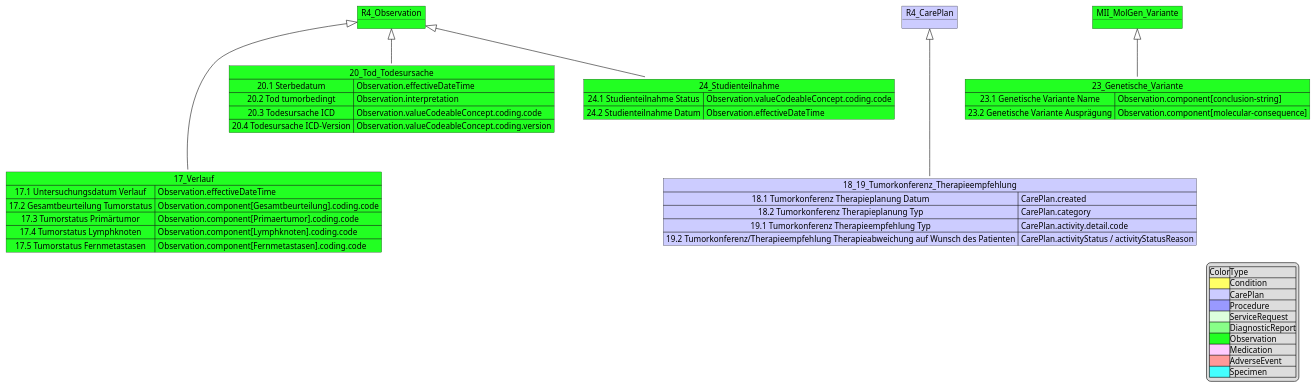
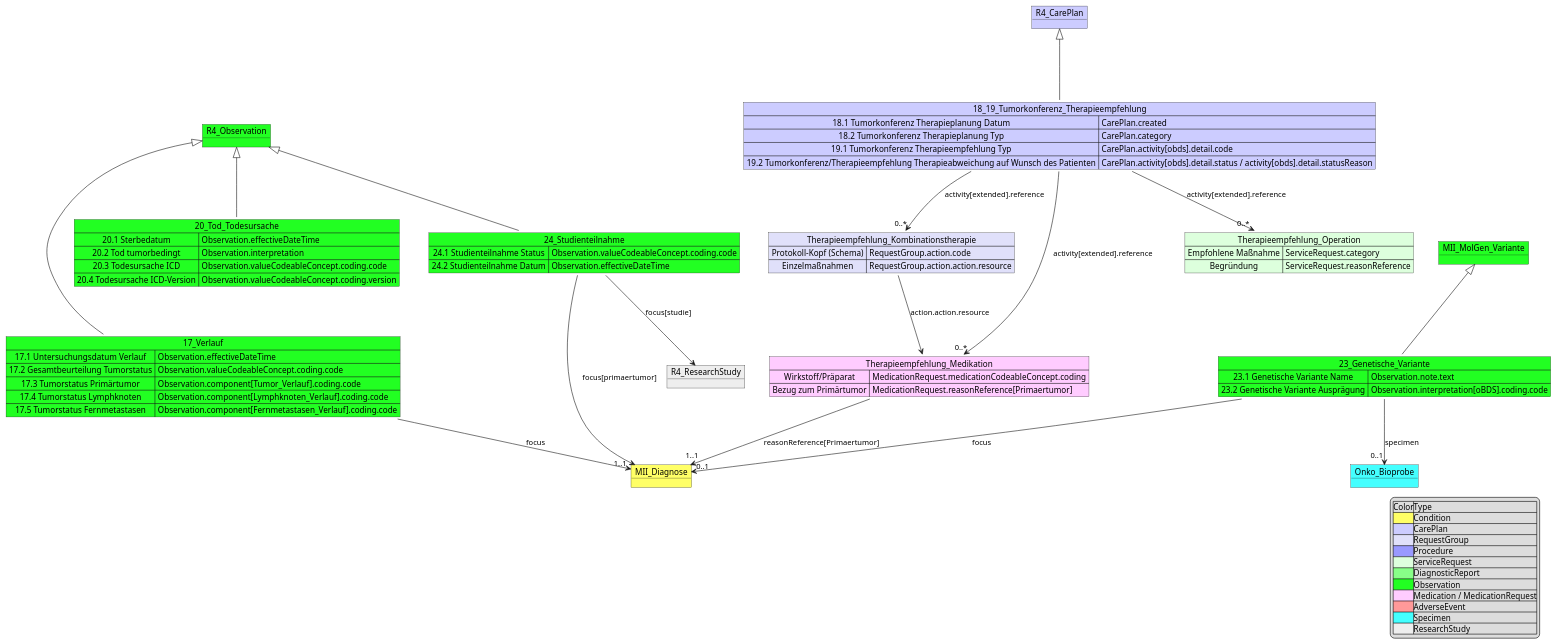
Before and after one commit to medizininformatik-initiative/kerndatensatzmodul-onkologie: the diagram in input/images-source/MII_Onko_17-20_24_Others.pu, drawn with PlantUML. The commit also changed 26 other files, not shown here.

```diff
--- a/input/images-source/MII_Onko_17-20_24_Others.pu
+++ b/input/images-source/MII_Onko_17-20_24_Others.pu
@@ -1,59 +1,91 @@
-@startuml MII_Onko_17-20_23_Others
+@startuml MII_Onko_17-20_24_Others
 object R4_Observation #22FF22
+object MII_Diagnose #FFFF66
+
 Map 17_Verlauf #22FF22{
     17.1 Untersuchungsdatum Verlauf => Observation.effectiveDateTime
-    17.2 Gesamtbeurteilung Tumorstatus => Observation.component[Gesamtbeurteilung].coding.code
-    17.3 Tumorstatus Primärtumor => Observation.component[Primaertumor].coding.code
-    17.4 Tumorstatus Lymphknoten => Observation.component[Lymphknoten].coding.code
-    17.5 Tumorstatus Fernmetastasen => Observation.component[Fernmetastasen].coding.code
+    17.2 Gesamtbeurteilung Tumorstatus => Observation.valueCodeableConcept.coding.code
+    17.3 Tumorstatus Primärtumor => Observation.component[Tumor_Verlauf].coding.code
+    17.4 Tumorstatus Lymphknoten => Observation.component[Lymphknoten_Verlauf].coding.code
+    17.5 Tumorstatus Fernmetastasen => Observation.component[Fernmetastasen_Verlauf].coding.code
 
 }
 R4_Observation <|-down-- 17_Verlauf
+17_Verlauf --> "1..1" MII_Diagnose : focus
 
 object R4_CarePlan #CCCCFF
 Map 18_19_Tumorkonferenz_Therapieempfehlung #CCCCFF{
     18.1 Tumorkonferenz Therapieplanung Datum => CarePlan.created
     18.2 Tumorkonferenz Therapieplanung Typ => CarePlan.category
-    19.1 Tumorkonferenz Therapieempfehlung Typ => CarePlan.activity.detail.code
-    19.2 Tumorkonferenz/Therapieempfehlung Therapieabweichung auf Wunsch des Patienten => CarePlan.activityStatus / activityStatusReason
+    19.1 Tumorkonferenz Therapieempfehlung Typ => CarePlan.activity[obds].detail.code
+    19.2 Tumorkonferenz/Therapieempfehlung Therapieabweichung auf Wunsch des Patienten => CarePlan.activity[obds].detail.status / activity[obds].detail.statusReason
 }
 R4_CarePlan <|-down-- 18_19_Tumorkonferenz_Therapieempfehlung
+
+Map Therapieempfehlung_Kombinationstherapie #E0E0FA {
+    Protokoll-Kopf (Schema) => RequestGroup.action.code
+    Einzelmaßnahmen => RequestGroup.action.action.resource
+}
+
+Map Therapieempfehlung_Medikation #FFCCFF {
+    Wirkstoff/Präparat => MedicationRequest.medicationCodeableConcept.coding
+    Bezug zum Primärtumor => MedicationRequest.reasonReference[Primaertumor]
+}
+
+Map Therapieempfehlung_Operation #DDFFDD {
+    Empfohlene Maßnahme => ServiceRequest.category
+    Begründung => ServiceRequest.reasonReference
+}
+
+18_19_Tumorkonferenz_Therapieempfehlung --> "0..*" Therapieempfehlung_Kombinationstherapie : activity[extended].reference
+18_19_Tumorkonferenz_Therapieempfehlung --> "0..*" Therapieempfehlung_Medikation : activity[extended].reference
+18_19_Tumorkonferenz_Therapieempfehlung --> "0..*" Therapieempfehlung_Operation : activity[extended].reference
+Therapieempfehlung_Kombinationstherapie --> Therapieempfehlung_Medikation : action.action.resource
+Therapieempfehlung_Medikation --> "1..1" MII_Diagnose : reasonReference[Primaertumor]
 
 Map 20_Tod_Todesursache #22FF22 {
  20.1 Sterbedatum => Observation.effectiveDateTime 
  20.2 Tod tumorbedingt => Observation.interpretation
  20.3 Todesursache ICD  => Observation.valueCodeableConcept.coding.code
  20.4 Todesursache ICD-Version => Observation.valueCodeableConcept.coding.version
  } 
 R4_Observation <|-down- 20_Tod_Todesursache
 
 object MII_MolGen_Variante #22FF22
+object Onko_Bioprobe #44FFFF
 Map 23_Genetische_Variante #22FF22 {
-    23.1 Genetische Variante Name => Observation.component[conclusion-string]
-    23.2 Genetische Variante Ausprägung => Observation.component[molecular-consequence]
+    23.1 Genetische Variante Name => Observation.note.text
+    23.2 Genetische Variante Ausprägung => Observation.interpretation[oBDS].coding.code
 }
 MII_MolGen_Variante <|-down- 23_Genetische_Variante
+23_Genetische_Variante --> "0..1" Onko_Bioprobe : specimen
+23_Genetische_Variante --> "0..1" MII_Diagnose : focus
 
 
+object R4_ResearchStudy #EEEEEE
 Map 24_Studienteilnahme #22FF22 {
     24.1 Studienteilnahme Status => Observation.valueCodeableConcept.coding.code
     24.2 Studienteilnahme Datum => Observation.effectiveDateTime
 }
 R4_Observation <|-down- 24_Studienteilnahme
+24_Studienteilnahme --> MII_Diagnose : focus[primaertumor]
+24_Studienteilnahme --> R4_ResearchStudy : focus[studie]
 
 
 
 legend right 
 |Color|Type|
 |<#FFFF66>|Condition|
 |<#CCCCFF>|CarePlan|
+|<#E0E0FA>|RequestGroup|
 |<#9999FF>|Procedure|
 |<#DDFFDD>|ServiceRequest|
 |<#88FF88>|DiagnosticReport|
 |<#22FF22>|Observation|
-|<#FFCCFF>|Medication|
+|<#FFCCFF>|Medication / MedicationRequest|
 |<#FF9999>|AdverseEvent|
 |<#44FFFF>|Specimen|
+|<#EEEEEE>|ResearchStudy|
 endlegend
 
 @enduml
```
